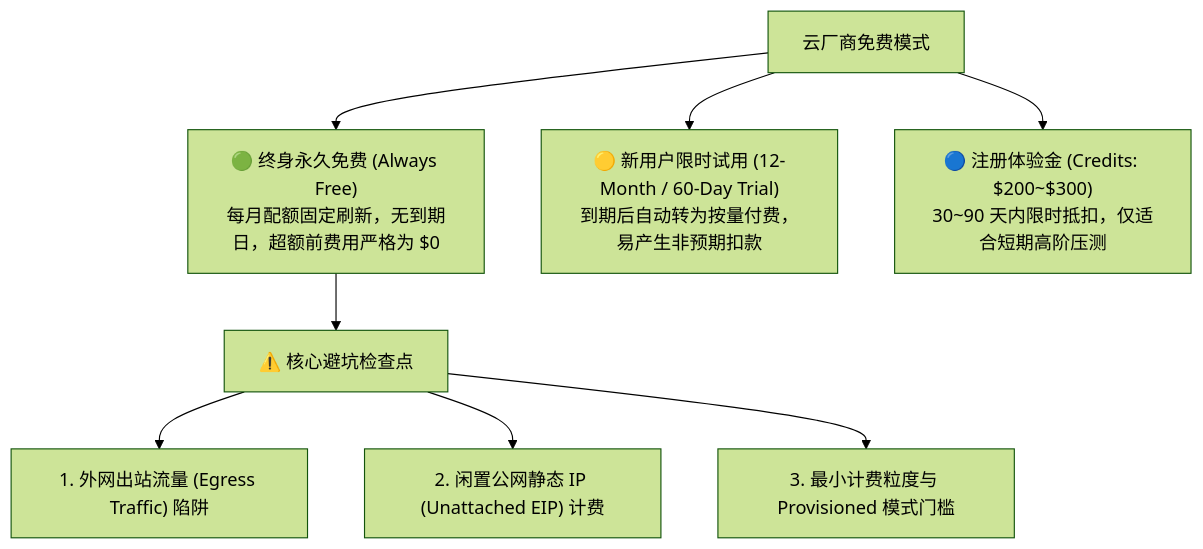
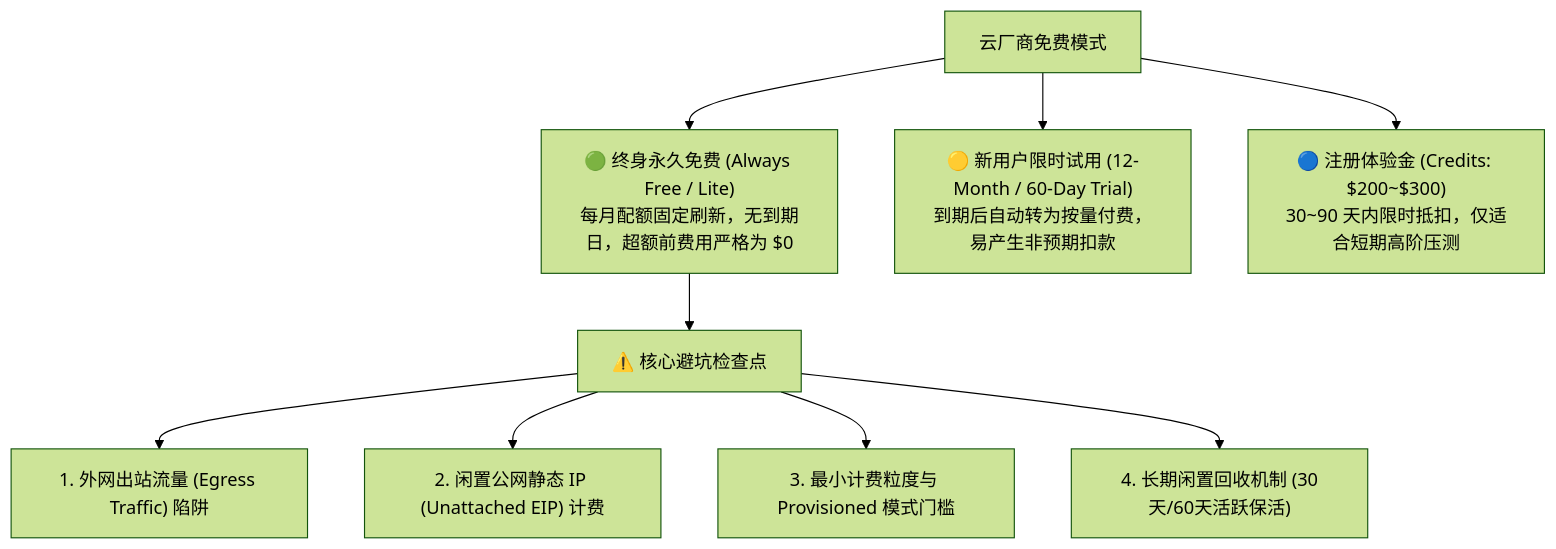
Before and after one commit to nvd11/my-blogs: the first of 6 diagrams in global-always-free-cloud-resources-guide.md, drawn with Mermaid (forest theme). The commit also changed other lines of this file, not shown here.

Commit message:
docs(blog): add IBM Cloud Lite resources across all sections

````diff
--- a/global-always-free-cloud-resources-guide.md
+++ b/global-always-free-cloud-resources-guide.md
@@ -17,12 +17,13 @@
 ```mermaid
 flowchart TD
     FreeModel["云厂商免费模式"]
-    FreeModel --> AlwaysFree["🟢 终身永久免费 (Always Free)<br/>每月配额固定刷新，无到期日，超额前费用严格为 $0"]
+    FreeModel --> AlwaysFree["🟢 终身永久免费 (Always Free / Lite)<br/>每月配额固定刷新，无到期日，超额前费用严格为 $0"]
     FreeModel --> FreeTrial["🟡 新用户限时试用 (12-Month / 60-Day Trial)<br/>到期后自动转为按量付费，易产生非预期扣款"]
     FreeModel --> FreeCredits["🔵 注册体验金 (Credits: $200~$300)<br/>30~90 天内限时抵扣，仅适合短期高阶压测"]
     
     AlwaysFree --> RiskCheck["⚠️ 核心避坑检查点"]
     RiskCheck --> R1["1. 外网出站流量 (Egress Traffic) 陷阱"]
     RiskCheck --> R2["2. 闲置公网静态 IP (Unattached EIP) 计费"]
     RiskCheck --> R3["3. 最小计费粒度与 Provisioned 模式门槛"]
+    RiskCheck --> R4["4. 长期闲置回收机制 (30天/60天活跃保活)"]
 ```
````
